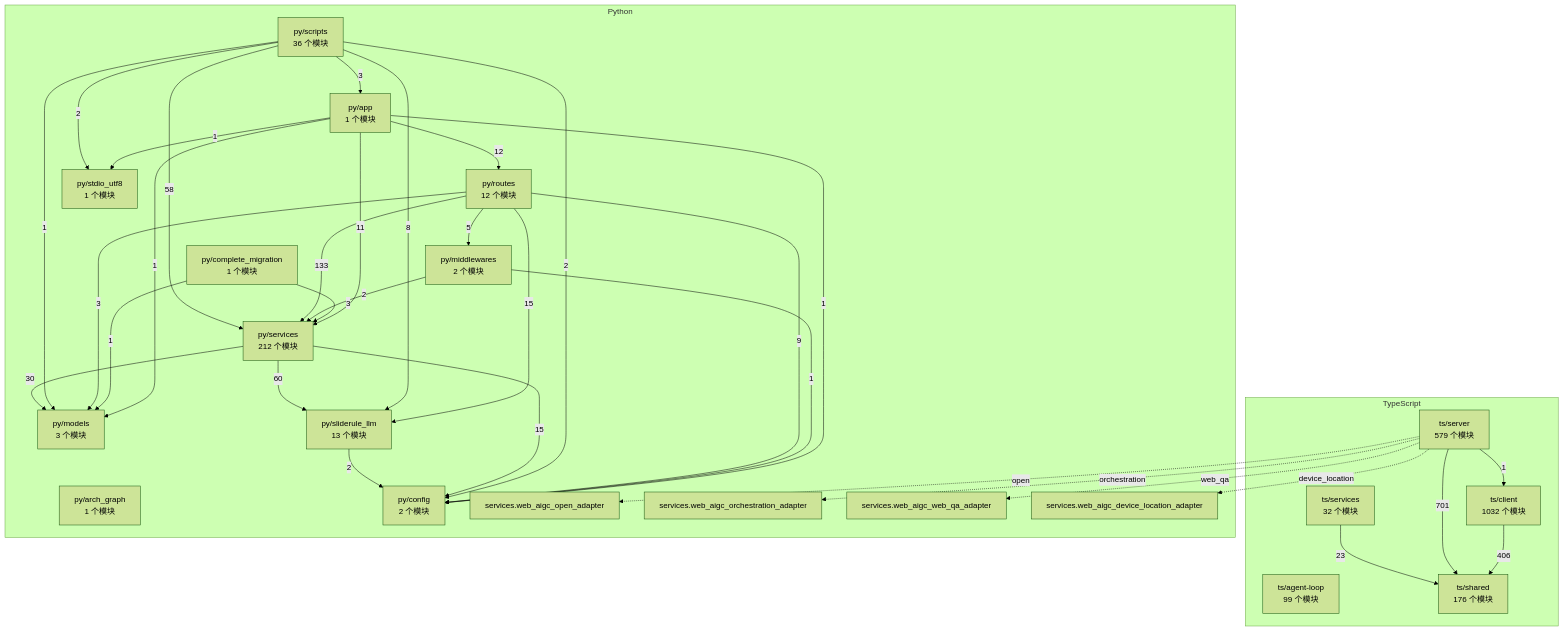
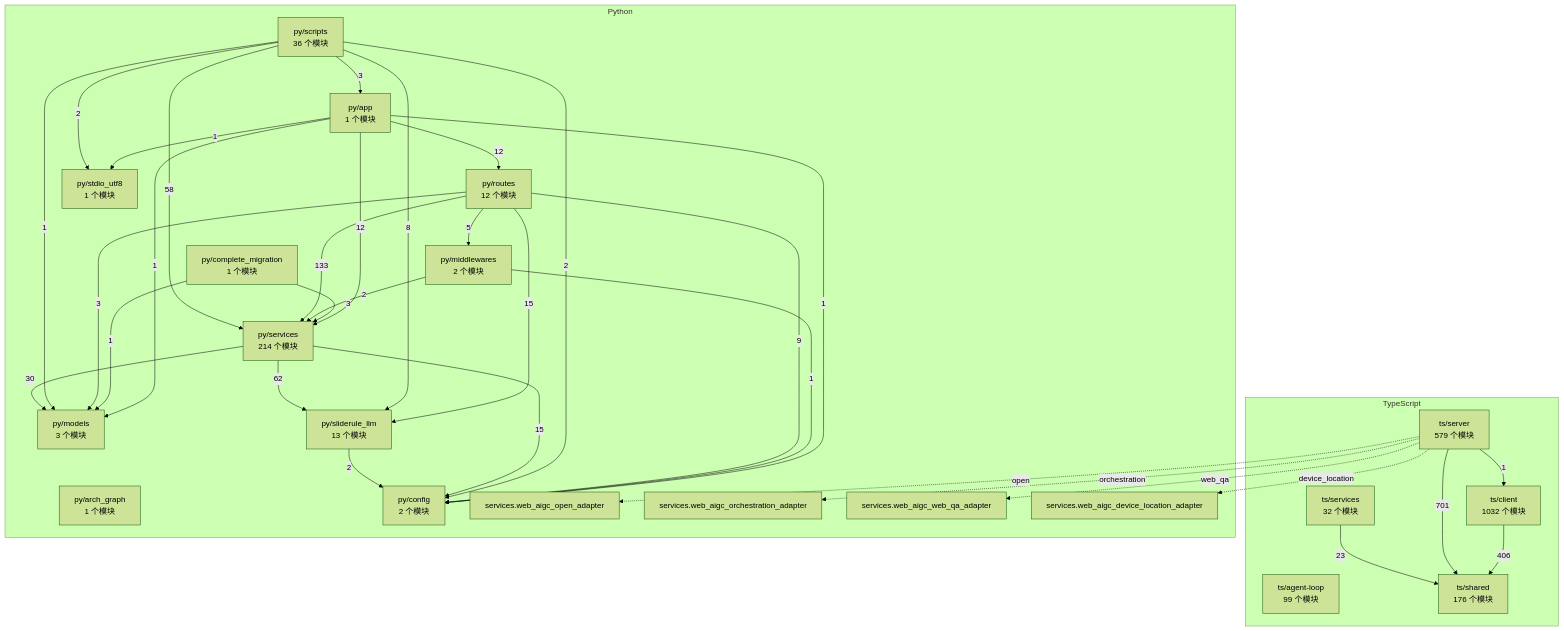
Before and after one commit to 2686521696/WhyBuddy: the diagram in docs/WhyBuddy 全仓架构图（自动生成）.md, drawn with Mermaid (forest theme). The commit also changed 5 other files, not shown here.

````diff
--- a/docs/WhyBuddy 全仓架构图（自动生成）.md
+++ b/docs/WhyBuddy 全仓架构图（自动生成）.md
@@ -14,59 +14,59 @@
 ```mermaid
 flowchart TB
   subgraph ts [TypeScript]
     ts_agent_loop["ts/agent-loop<br/>99 个模块"]
     ts_client["ts/client<br/>1032 个模块"]
     ts_server["ts/server<br/>579 个模块"]
     ts_services["ts/services<br/>32 个模块"]
     ts_shared["ts/shared<br/>176 个模块"]
   end
   subgraph py [Python]
     py_app["py/app<br/>1 个模块"]
     py_arch_graph["py/arch_graph<br/>1 个模块"]
     py_complete_migration["py/complete_migration<br/>1 个模块"]
     py_config["py/config<br/>2 个模块"]
     py_middlewares["py/middlewares<br/>2 个模块"]
     py_models["py/models<br/>3 个模块"]
     py_routes["py/routes<br/>12 个模块"]
     py_scripts["py/scripts<br/>36 个模块"]
-    py_services["py/services<br/>212 个模块"]
+    py_services["py/services<br/>214 个模块"]
     py_sliderule_llm["py/sliderule_llm<br/>13 个模块"]
     py_stdio_utf8["py/stdio_utf8<br/>1 个模块"]
     py_services_web_aigc_open_adapter["services.web_aigc_open_adapter"]
     py_services_web_aigc_orchestration_adapter["services.web_aigc_orchestration_adapter"]
     py_services_web_aigc_web_qa_adapter["services.web_aigc_web_qa_adapter"]
     py_services_web_aigc_device_location_adapter["services.web_aigc_device_location_adapter"]
   end
   ts_client -->|406| ts_shared
   ts_server -->|1| ts_client
   ts_server -->|701| ts_shared
   ts_services -->|23| ts_shared
   py_app -->|1| py_config
   py_app -->|1| py_models
   py_app -->|12| py_routes
-  py_app -->|11| py_services
+  py_app -->|12| py_services
   py_app -->|1| py_stdio_utf8
   py_complete_migration -->|1| py_models
   py_complete_migration -->|3| py_services
   py_middlewares -->|1| py_config
   py_middlewares -->|2| py_services
   py_routes -->|9| py_config
   py_routes -->|5| py_middlewares
   py_routes -->|3| py_models
   py_routes -->|133| py_services
   py_routes -->|15| py_sliderule_llm
   py_scripts -->|3| py_app
   py_scripts -->|2| py_config
   py_scripts -->|1| py_models
   py_scripts -->|58| py_services
   py_scripts -->|8| py_sliderule_llm
   py_scripts -->|2| py_stdio_utf8
   py_services -->|15| py_config
   py_services -->|30| py_models
-  py_services -->|60| py_sliderule_llm
+  py_services -->|62| py_sliderule_llm
   py_sliderule_llm -->|2| py_config
   ts_server -.->|open| py_services_web_aigc_open_adapter
   ts_server -.->|orchestration| py_services_web_aigc_orchestration_adapter
   ts_server -.->|web_qa| py_services_web_aigc_web_qa_adapter
   ts_server -.->|device_location| py_services_web_aigc_device_location_adapter
 ```
````
